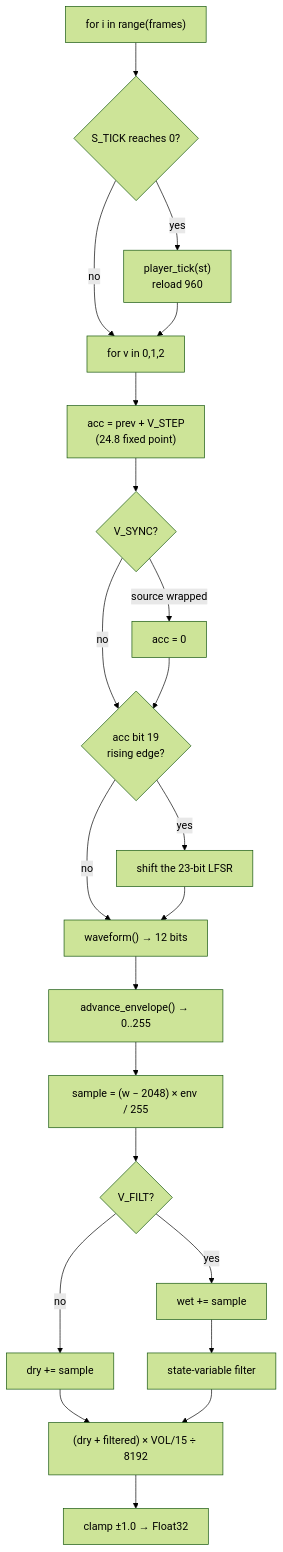
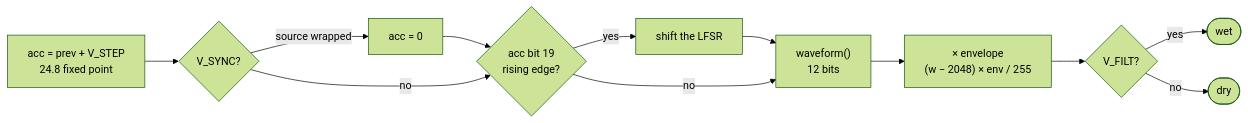
The fifth of 9 diagrams in CocoaMojoGuide/examples/06-inside-the-chip.md (albanread/MojoCocoa), drawn with Mermaid (forest theme) before and after one commit. The commit also changed other lines of this file and 32 other files, not shown here.

````diff
--- a/CocoaMojoGuide/examples/06-inside-the-chip.md
+++ b/CocoaMojoGuide/examples/06-inside-the-chip.md
@@ -159,26 +194,12 @@
 ```mermaid
-flowchart TB
-    START["for i in range(frames)"] --> TICK{"S_TICK reaches 0?"}
-    TICK -->|yes| PLAY["player_tick(st)<br/>reload 960"]
-    TICK -->|no| VOICES
-    PLAY --> VOICES["for v in 0,1,2"]
-
-    VOICES --> ACC["acc = prev + V_STEP<br/>(24.8 fixed point)"]
-    ACC --> SYNC{"V_SYNC?"}
-    SYNC -->|source wrapped| ZERO["acc = 0"]
-    SYNC -->|no| NOISE
-    ZERO --> NOISE{"acc bit 19<br/>rising edge?"}
-    NOISE -->|yes| LFSR["shift the 23-bit LFSR"]
-    NOISE -->|no| WAVE
-    LFSR --> WAVE["waveform() → 12 bits"]
-    WAVE --> ENV["advance_envelope() → 0..255"]
-    ENV --> SAMP["sample = (w − 2048) × env / 255"]
-    SAMP --> ROUTE{"V_FILT?"}
-    ROUTE -->|yes| WET["wet += sample"]
-    ROUTE -->|no| DRY["dry += sample"]
-
-    WET --> SVF["state-variable filter"]
-    DRY --> MIX
-    SVF --> MIX["(dry + filtered) × VOL/15 ÷ 8192"]
-    MIX --> CLAMP["clamp ±1.0 → Float32"]
+flowchart LR
+    ACC["acc = prev + V_STEP<br/>24.8 fixed point"] --> SYNC{"V_SYNC?"}
+    SYNC -->|source wrapped| ZERO["acc = 0"] --> NOISE
+    SYNC -->|no| NOISE{"acc bit 19<br/>rising edge?"}
+    NOISE -->|yes| LFSR["shift the LFSR"] --> WAVE
+    NOISE -->|no| WAVE["waveform()<br/>12 bits"]
+    WAVE --> ENV["× envelope<br/>(w − 2048) × env / 255"]
+    ENV --> ROUTE{"V_FILT?"}
+    ROUTE -->|yes| WET(["wet"])
+    ROUTE -->|no| DRY(["dry"])
 ```
````
